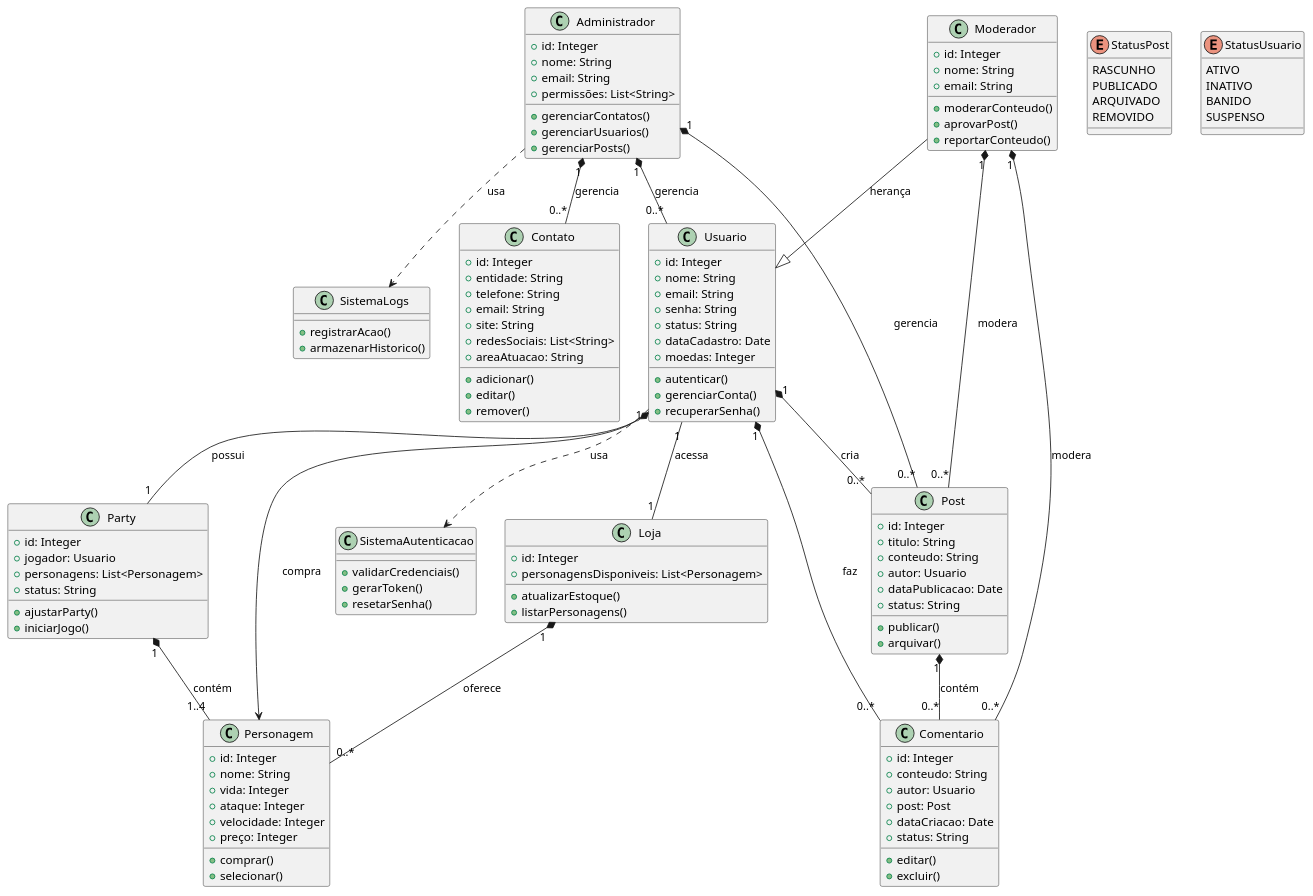
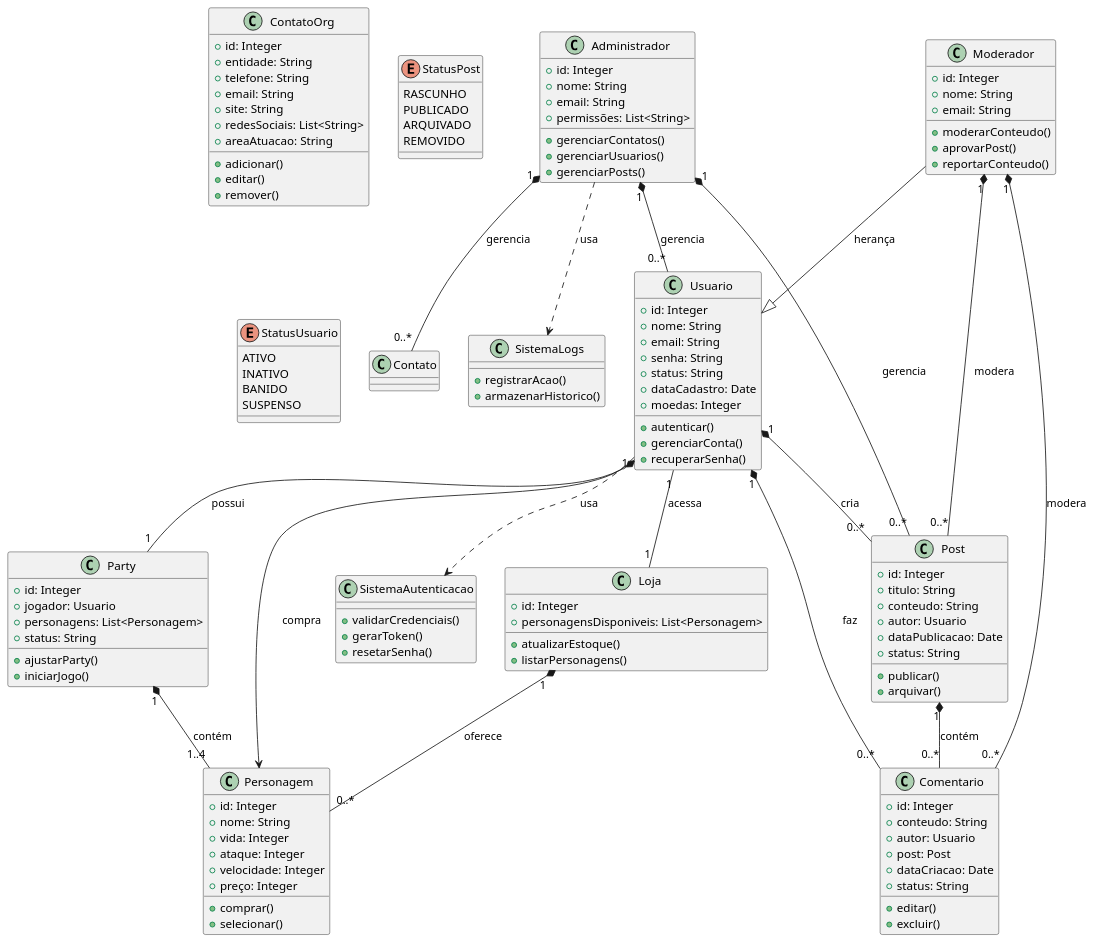
The diagram in diagramas/classes/sistema-geral.puml (fatec-project/lm-projeto-interdisciplinar-sem-5), drawn with PlantUML before and after one commit.

Commit message:
Renomeia a classe Contato para ContatoOrg

```diff
--- a/diagramas/classes/sistema-geral.puml
+++ b/diagramas/classes/sistema-geral.puml
@@ -1,145 +1,145 @@
 @startuml sistema_geral_atualizado
 
 class Administrador {
   + id: Integer
   + nome: String
   + email: String
   + permissões: List<String>
   + gerenciarContatos()
   + gerenciarUsuarios()
   + gerenciarPosts()
 }
 
 class Moderador {
   + id: Integer
   + nome: String
   + email: String
   + moderarConteudo()
   + aprovarPost()
   + reportarConteudo()
 }
 
 class Usuario {
   + id: Integer
   + nome: String
   + email: String
   + senha: String
   + status: String
   + dataCadastro: Date
   + moedas: Integer
   + autenticar()
   + gerenciarConta()
   + recuperarSenha()
 }
 
 class Post {
   + id: Integer
   + titulo: String
   + conteudo: String
   + autor: Usuario
   + dataPublicacao: Date
   + status: String
   + publicar()
   + arquivar()
 }
 
 class Comentario {
   + id: Integer
   + conteudo: String
   + autor: Usuario
   + post: Post
   + dataCriacao: Date
   + status: String
   + editar()
   + excluir()
 }
 
-class Contato {
+class ContatoOrg {
   + id: Integer
   + entidade: String
   + telefone: String
   + email: String
   + site: String
   + redesSociais: List<String>
   + areaAtuacao: String
   + adicionar()
   + editar()
   + remover()
 }
 
 class Party {
   + id: Integer
   + jogador: Usuario
   + personagens: List<Personagem>
   + status: String
   + ajustarParty()
   + iniciarJogo()
 }
 
 class Personagem {
   + id: Integer
   + nome: String
   + vida: Integer
   + ataque: Integer
   + velocidade: Integer
   + preço: Integer
   + comprar()
   + selecionar()
 }
 
 class Loja {
   + id: Integer
   + personagensDisponiveis: List<Personagem>
   + atualizarEstoque()
   + listarPersonagens()
 }
 
 class SistemaAutenticacao {
   + validarCredenciais()
   + gerarToken()
   + resetarSenha()
 }
 
 class SistemaLogs {
   + registrarAcao()
   + armazenarHistorico()
 }
 
 Administrador "1" *-- "0..*" Contato : gerencia
 Administrador "1" *-- "0..*" Usuario : gerencia
 Administrador "1" *-- "0..*" Post : gerencia
 
 Moderador --|> Usuario : herança
 Moderador "1" *-- "0..*" Post : modera
 Moderador "1" *-- "0..*" Comentario : modera
 
 Usuario "1" *-- "0..*" Post : cria
 Usuario "1" *-- "0..*" Comentario : faz
 Usuario "1" *-- "1" Party : possui
 
 Post "1" *-- "0..*" Comentario : contém
 
 Party "1" *-- "1..4" Personagem : contém
 
 Loja "1" *-- "0..*" Personagem : oferece
 Usuario "1" -- "1" Loja : acessa
 Usuario --> Personagem : compra
 
 Usuario ..> SistemaAutenticacao : usa
 Administrador ..> SistemaLogs : usa
 
 enum StatusPost {
   RASCUNHO
   PUBLICADO
   ARQUIVADO
   REMOVIDO
 }
 
 enum StatusUsuario {
   ATIVO
   INATIVO
   BANIDO
   SUSPENSO
 }
 
 @enduml
```
